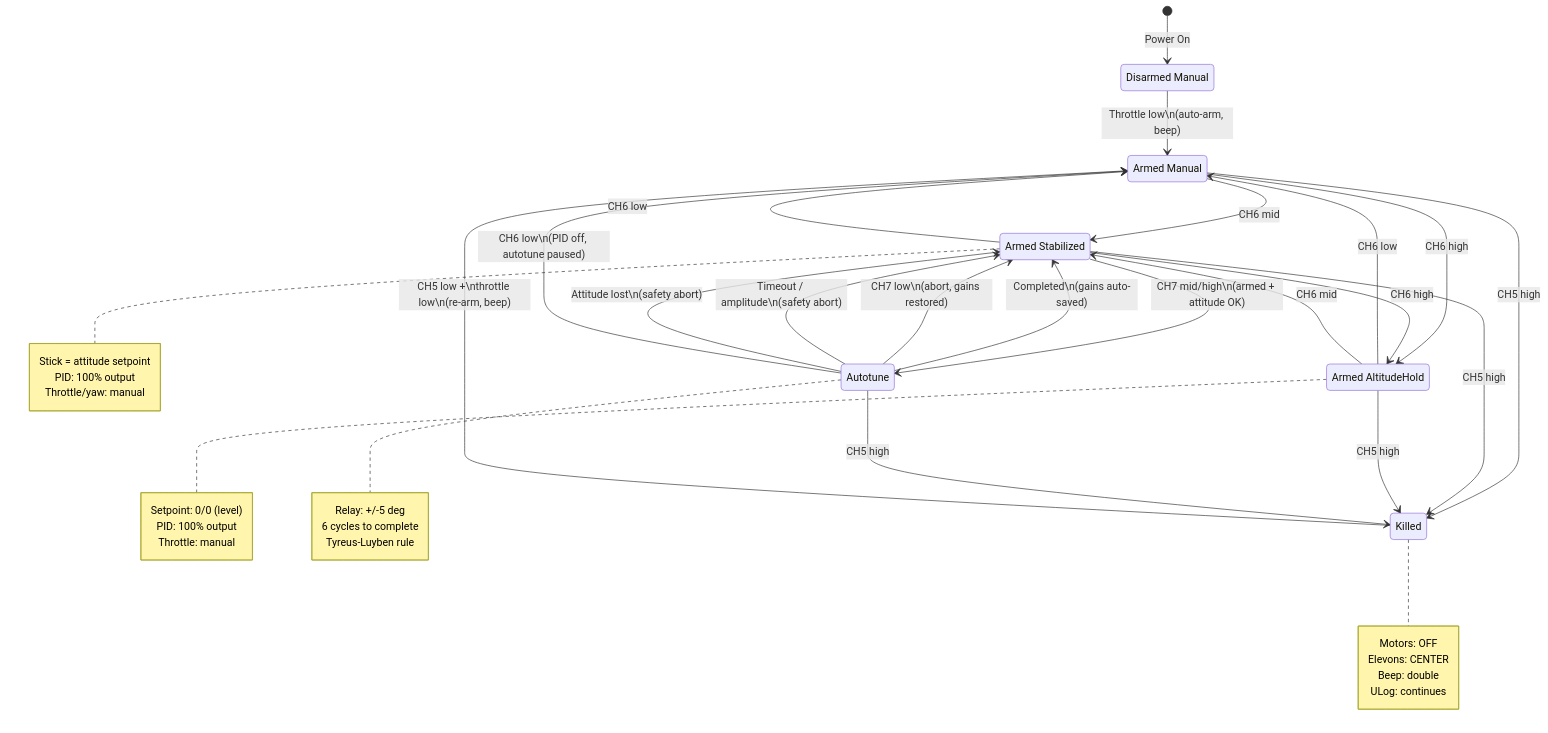
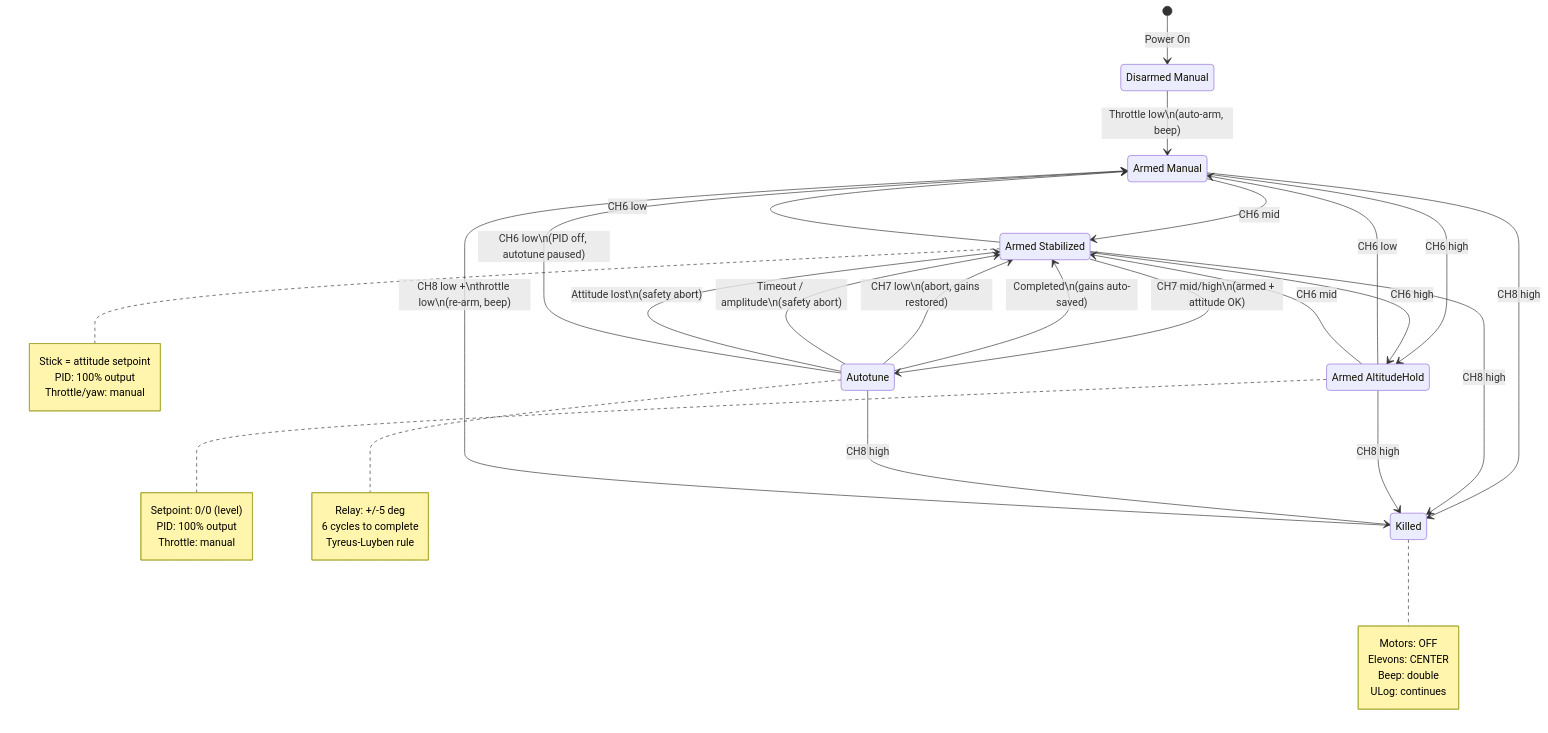
Before and after one commit to Ragarnoy/elle-rs: the first of 3 diagrams in STATE_DIAGRAMS.md, drawn with Mermaid. The commit also changed other lines of this file and 1 other file, not shown here.

Commit message:
Update test plan with ground test results and CH8 kill switch
- Mark passing tests from ULog validation (Parts 1-3, 5)
- Update kill switch references from CH5 to CH8
- Clarify RPC+RC vs flight firmware for each test section
- Add TUI autotune display to expected results
- Fix 5.3 PID sign convention description

````diff
--- a/STATE_DIAGRAMS.md
+++ b/STATE_DIAGRAMS.md
@@ -99,61 +99,61 @@
 ```mermaid
 stateDiagram-v2
     [*] --> Disarmed_Manual: Power On
 
     state "Disarmed Manual" as Disarmed_Manual
     state "Armed Manual" as Armed_Manual
     state "Armed Stabilized" as Armed_Stab
     state "Armed AltitudeHold" as Armed_AltHold
     state "Autotune" as Autotune
     state "Killed" as Killed
 
     Disarmed_Manual --> Armed_Manual: Throttle low\n(auto-arm, beep)
 
     Armed_Manual --> Armed_Stab: CH6 mid
     Armed_Manual --> Armed_AltHold: CH6 high
 
     Armed_Stab --> Armed_Manual: CH6 low
     Armed_Stab --> Autotune: CH7 mid/high\n(armed + attitude OK)
     Armed_Stab --> Armed_AltHold: CH6 high
 
     Armed_AltHold --> Armed_Manual: CH6 low
     Armed_AltHold --> Armed_Stab: CH6 mid
 
     Autotune --> Armed_Stab: Completed\n(gains auto-saved)
     Autotune --> Armed_Stab: CH7 low\n(abort, gains restored)
     Autotune --> Armed_Stab: Timeout / amplitude\n(safety abort)
     Autotune --> Armed_Stab: Attitude lost\n(safety abort)
     Autotune --> Armed_Manual: CH6 low\n(PID off, autotune paused)
 
-    Armed_Manual --> Killed: CH5 high
-    Armed_Stab --> Killed: CH5 high
-    Armed_AltHold --> Killed: CH5 high
-    Autotune --> Killed: CH5 high
+    Armed_Manual --> Killed: CH8 high
+    Armed_Stab --> Killed: CH8 high
+    Armed_AltHold --> Killed: CH8 high
+    Autotune --> Killed: CH8 high
 
-    Killed --> Armed_Manual: CH5 low +\nthrottle low\n(re-arm, beep)
+    Killed --> Armed_Manual: CH8 low +\nthrottle low\n(re-arm, beep)
 
     note right of Killed
         Motors: OFF
         Elevons: CENTER
         Beep: double
         ULog: continues
     end note
 
     note right of Armed_Stab
         Stick = attitude setpoint
         PID: 100% output
         Throttle/yaw: manual
     end note
 
     note right of Armed_AltHold
         Setpoint: 0/0 (level)
         PID: 100% output
         Throttle: manual
     end note
 
     note right of Autotune
         Relay: +/-5 deg
         6 cycles to complete
         Tyreus-Luyben rule
     end note
 ```
````
